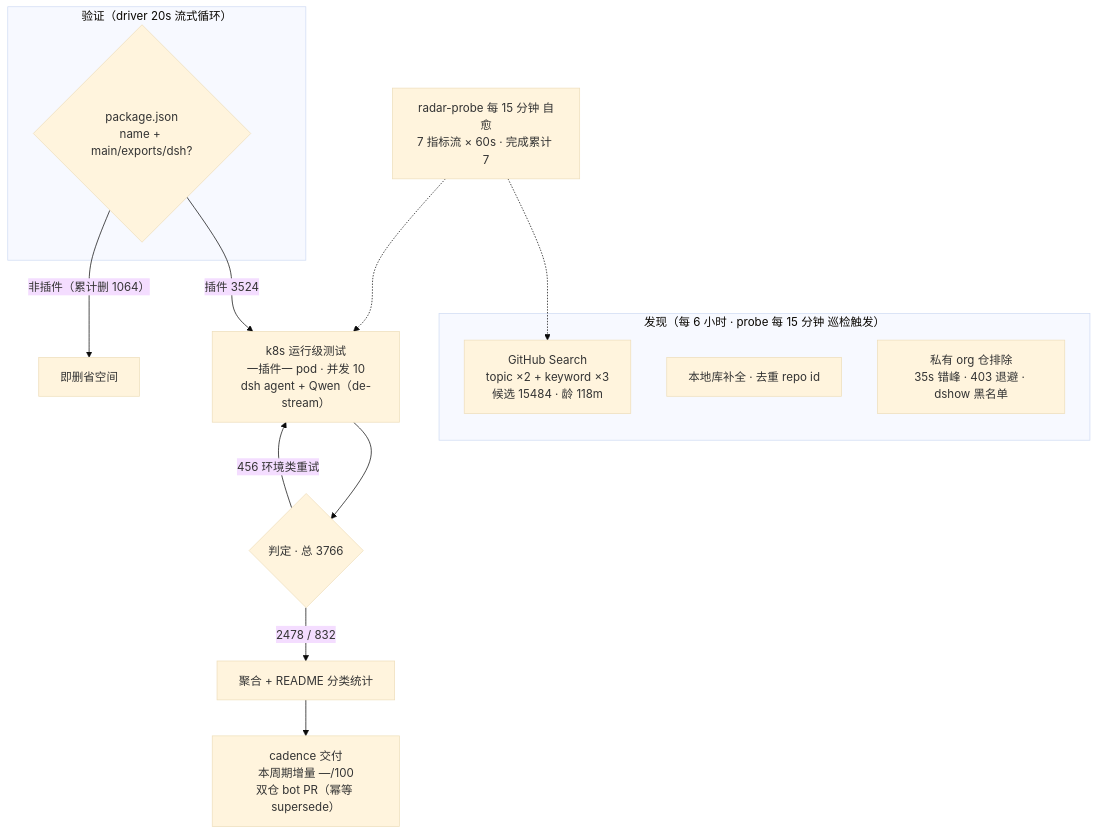
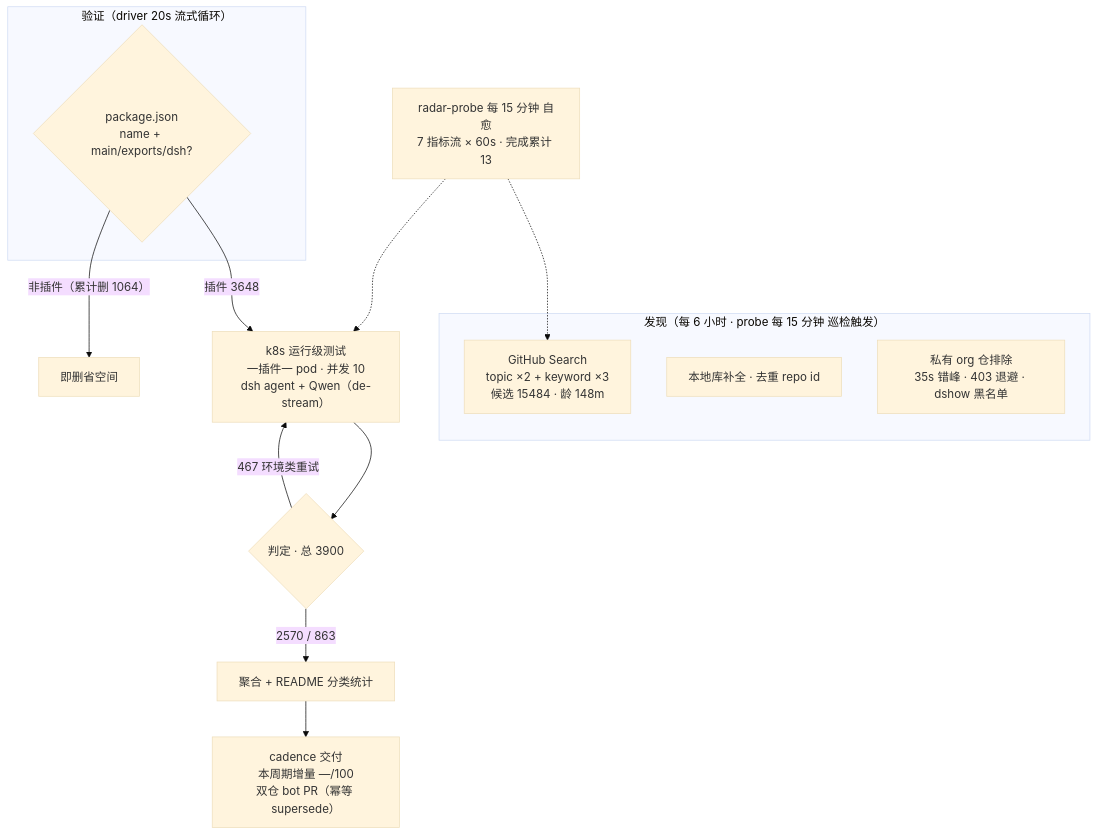
The diagram in README.md (Zhidao-Lab-OSS/awesome-dsh-plugins), drawn with Mermaid (base theme) before and after one commit. The commit also changed other lines of this file and 1 other file, not shown here.

````diff
--- a/README.md
+++ b/README.md
@@ -37,20 +37,20 @@
 ```mermaid
 flowchart TB
     subgraph Discovery["发现（每 6 小时 · probe 每 15 分钟 巡检触发）"]
-        A1["GitHub Search<br/>topic ×2 + keyword ×3<br/>候选 15484 · 龄 118m"]
+        A1["GitHub Search<br/>topic ×2 + keyword ×3<br/>候选 15484 · 龄 148m"]
         A2["本地库补全 · 去重 repo id"]
         A3["私有 org 仓排除<br/>35s 错峰 · 403 退避 · dshow 黑名单"]
     end
     subgraph Validation["验证（driver 20s 流式循环）"]
         B1{"package.json<br/>name + main/exports/dsh?"}
     end
-    B1 -->|"插件 3524"| C1["k8s 运行级测试<br/>一插件一 pod · 并发 10<br/>dsh agent + Qwen（de-stream）"]
+    B1 -->|"插件 3648"| C1["k8s 运行级测试<br/>一插件一 pod · 并发 10<br/>dsh agent + Qwen（de-stream）"]
     B1 -->|"非插件（累计删 1064）"| B3["即删省空间"]
-    C1 --> D1{"判定 · 总 3766"}
-    D1 -->|"2478 / 832"| E1["聚合 + README 分类统计"]
-    D1 -->|"456 环境类重试"| C1
+    C1 --> D1{"判定 · 总 3900"}
+    D1 -->|"2570 / 863"| E1["聚合 + README 分类统计"]
+    D1 -->|"467 环境类重试"| C1
     E1 --> E2["cadence 交付<br/>本周期增量 —/100<br/>双仓 bot PR（幂等 supersede）"]
-    M["radar-probe 每 15 分钟 自愈<br/>7 指标流 × 60s · 完成累计 7"]
+    M["radar-probe 每 15 分钟 自愈<br/>7 指标流 × 60s · 完成累计 13"]
     M -.-> A1
     M -.-> C1
 ```
````
